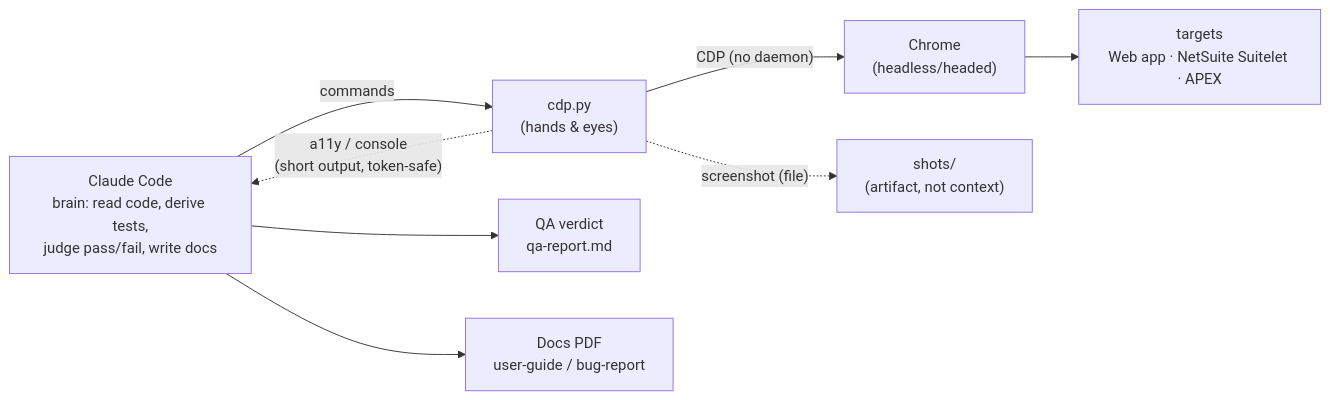
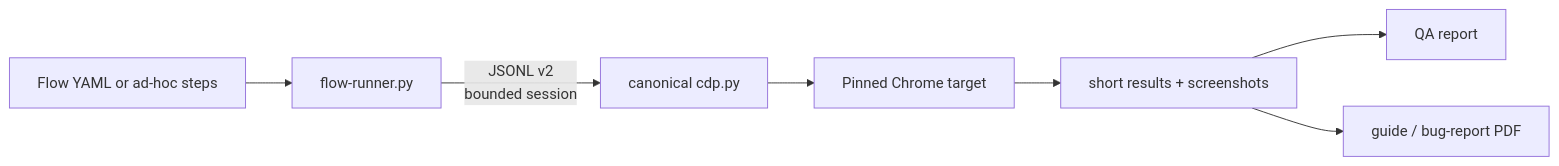
One commit to Teibto/teibto-browser-qa changed the diagram in README.md. Above: the diagram before and after it, drawn with Mermaid. The commit also changed other lines of this file and 28 other files, not shown here.

````diff
--- a/README.md
+++ b/README.md
@@ -27,10 +33,9 @@
 ```mermaid
 flowchart LR
-    claude["Claude Code<br/>brain: read code, derive tests,<br/>judge pass/fail, write docs"] -->|"commands"| ab["cdp.py<br/>(hands & eyes)"]
-    ab -->|"CDP (no daemon)"| chrome["Chrome<br/>(headless/headed)"]
-    chrome --> targets["targets<br/>Web app · NetSuite Suitelet · APEX"]
-    ab -.->|"a11y / console<br/>(short output, token-safe)"| claude
-    ab -.->|"screenshot (file)"| shots["shots/<br/>(artifact, not context)"]
-    claude --> out1["QA verdict<br/>qa-report.md"]
-    claude --> out2["Docs PDF<br/>user-guide / bug-report"]
+    spec["Flow YAML or ad-hoc steps"] --> runner["flow-runner.py"]
+    runner -->|"JSONL v2<br/>bounded session"| cdp["canonical cdp.py"]
+    cdp --> chrome["Pinned Chrome target"]
+    chrome --> evidence["short results + screenshots"]
+    evidence --> report["QA report"]
+    evidence --> docs["guide / bug-report PDF"]
 ```
````
